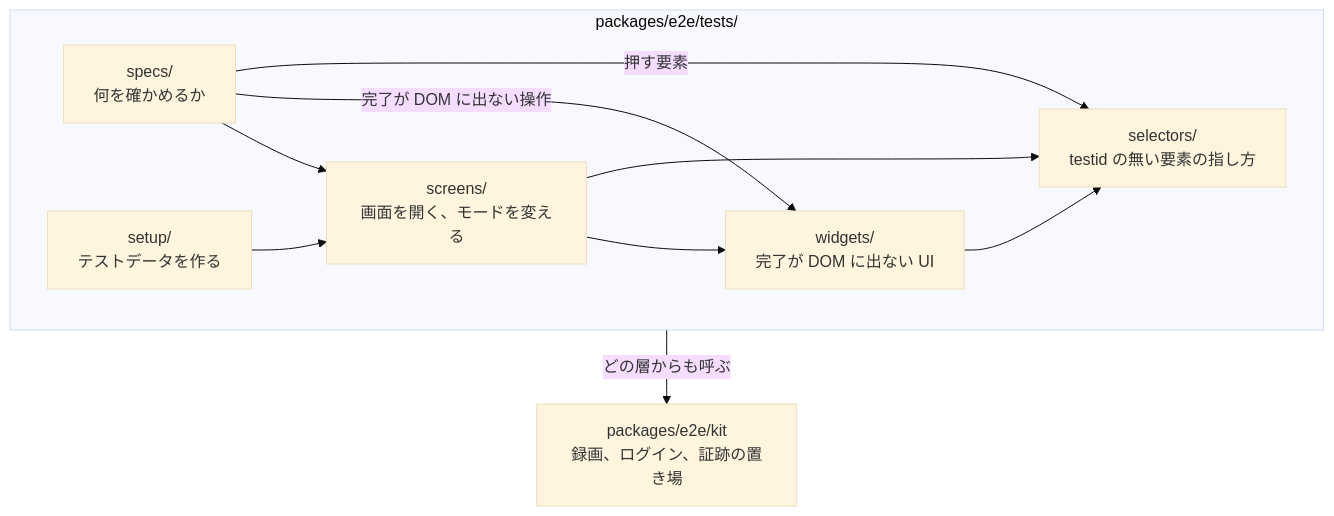
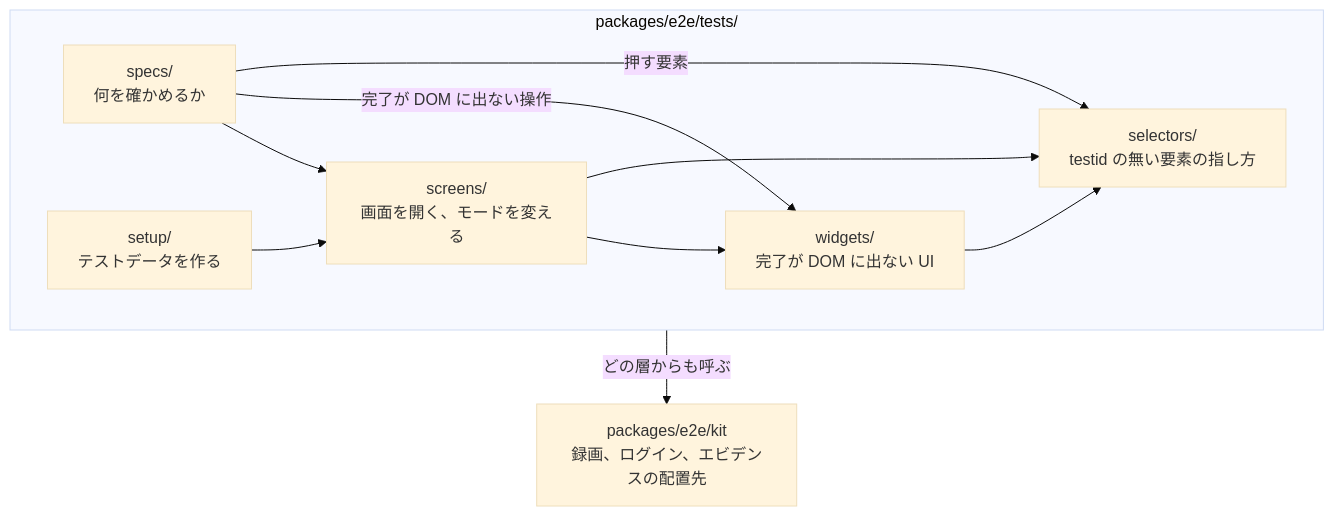
One commit to Fukuemon/buddy changed the first of 4 diagrams in packages/e2e/DesignDoc.md. Above: the diagram before and after it, drawn with Mermaid (base theme). The commit also changed other lines of this file and 12 other files, not shown here.

````diff
--- a/packages/e2e/DesignDoc.md
+++ b/packages/e2e/DesignDoc.md
@@ -60,20 +60,20 @@
 ```mermaid
 flowchart TB
   subgraph product["packages/e2e/tests/"]
     specs["specs/<br/>何を確かめるか"]
     setup["setup/<br/>テストデータを作る"]
     screens["screens/<br/>画面を開く、モードを変える"]
     widgets["widgets/<br/>完了が DOM に出ない UI"]
     selectors["selectors/<br/>testid の無い要素の指し方"]
   end
-  kit["packages/e2e/kit<br/>録画、ログイン、証跡の置き場"]
+  kit["packages/e2e/kit<br/>録画、ログイン、エビデンスの配置先"]
 
   specs --> screens
   setup --> screens
   specs -->|"完了が DOM に出ない操作"| widgets
   screens --> widgets
   specs -->|"押す要素"| selectors
   screens --> selectors
   widgets --> selectors
   product -->|"どの層からも呼ぶ"| kit
 ```
````
